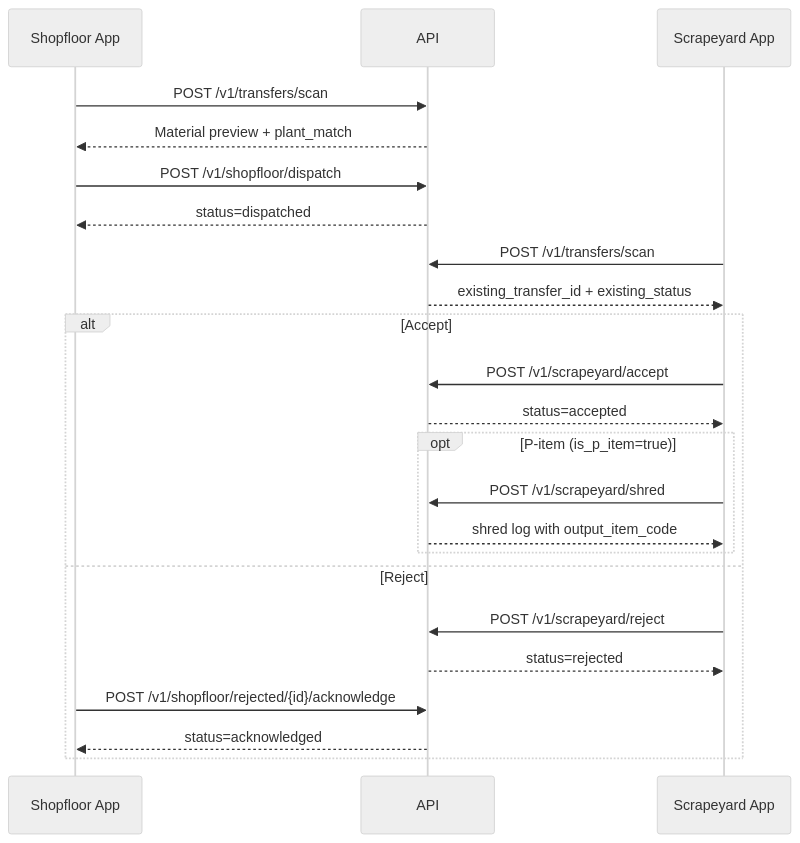
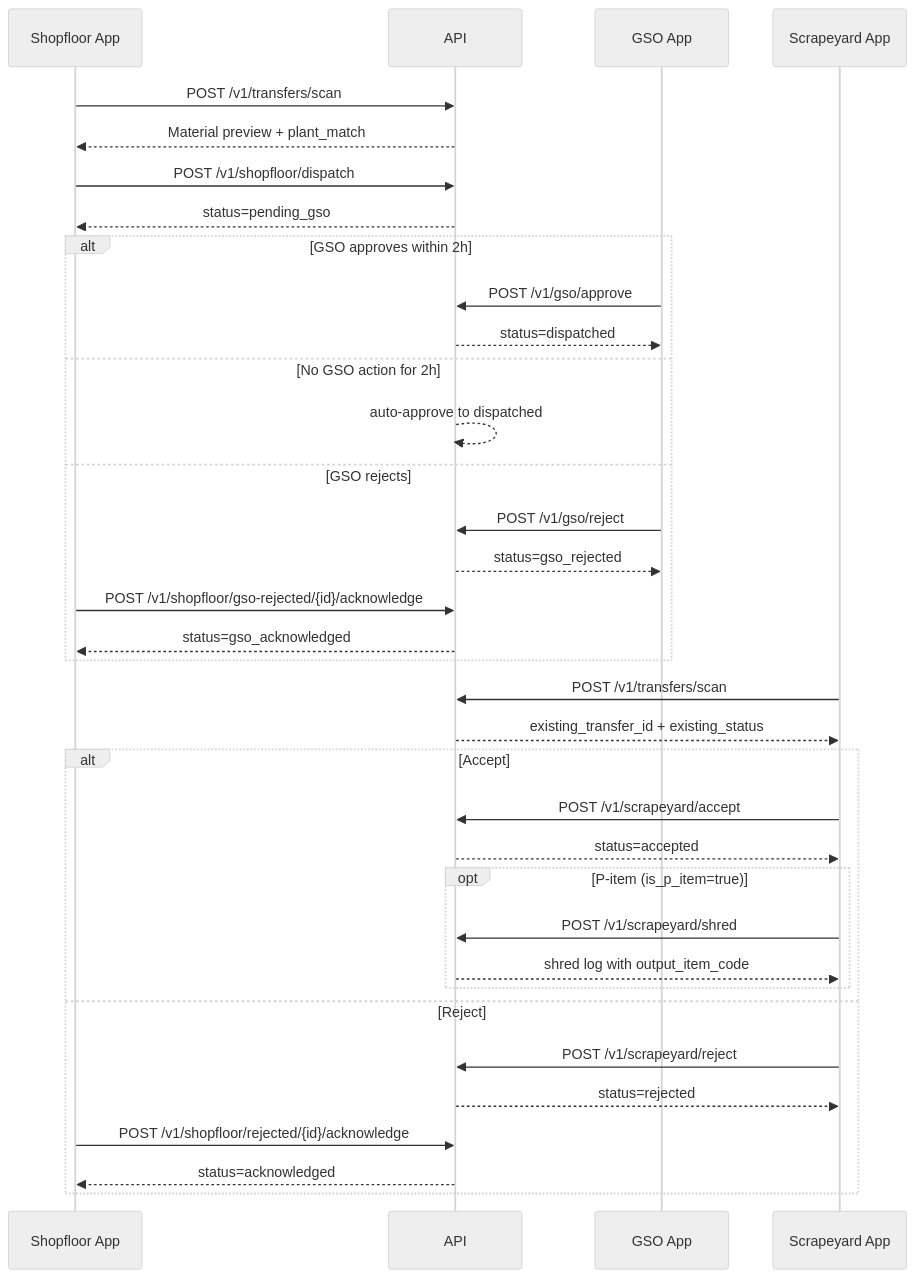
One commit to Indrranil/scrap changed the diagram in docs/api_integration.md. Above: the diagram before and after it, drawn with Mermaid (neutral theme). The commit also changed other lines of this file and 27 other files, not shown here.

Commit message:
GSO flow added,, db table gso added

````diff
--- a/docs/api_integration.md
+++ b/docs/api_integration.md
@@ -270,26 +293,38 @@
 ```mermaid
 sequenceDiagram
     participant SF as Shopfloor App
     participant API as API
+    participant GSO as GSO App
     participant SY as Scrapeyard App
 
     SF->>API: POST /v1/transfers/scan
     API-->>SF: Material preview + plant_match
     SF->>API: POST /v1/shopfloor/dispatch
-    API-->>SF: status=dispatched
+    API-->>SF: status=pending_gso
+    alt GSO approves within 2h
+        GSO->>API: POST /v1/gso/approve
+        API-->>GSO: status=dispatched
+    else No GSO action for 2h
+        API-->>API: auto-approve to dispatched
+    else GSO rejects
+        GSO->>API: POST /v1/gso/reject
+        API-->>GSO: status=gso_rejected
+        SF->>API: POST /v1/shopfloor/gso-rejected/{id}/acknowledge
+        API-->>SF: status=gso_acknowledged
+    end
     SY->>API: POST /v1/transfers/scan
     API-->>SY: existing_transfer_id + existing_status
     alt Accept
         SY->>API: POST /v1/scrapeyard/accept
         API-->>SY: status=accepted
         opt P-item (is_p_item=true)
             SY->>API: POST /v1/scrapeyard/shred
             API-->>SY: shred log with output_item_code
         end
     else Reject
         SY->>API: POST /v1/scrapeyard/reject
         API-->>SY: status=rejected
         SF->>API: POST /v1/shopfloor/rejected/{id}/acknowledge
         API-->>SF: status=acknowledged
     end
 ```
````
